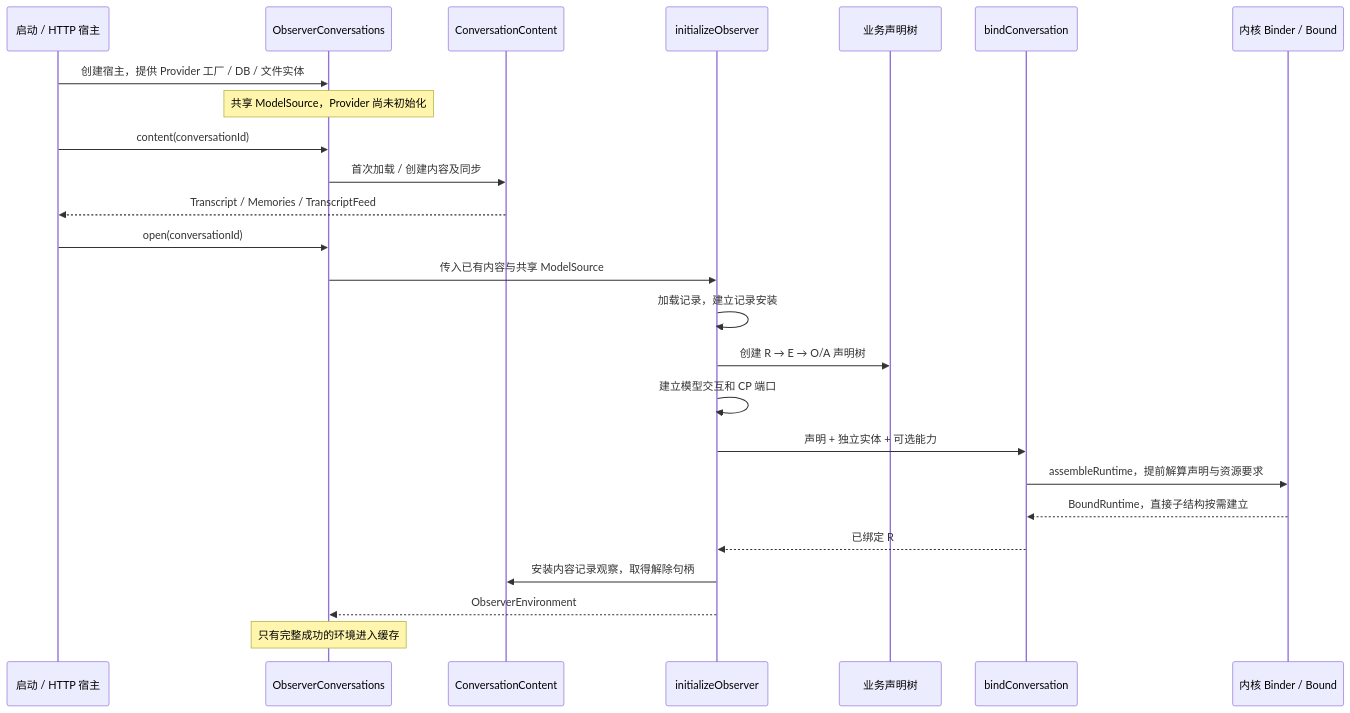
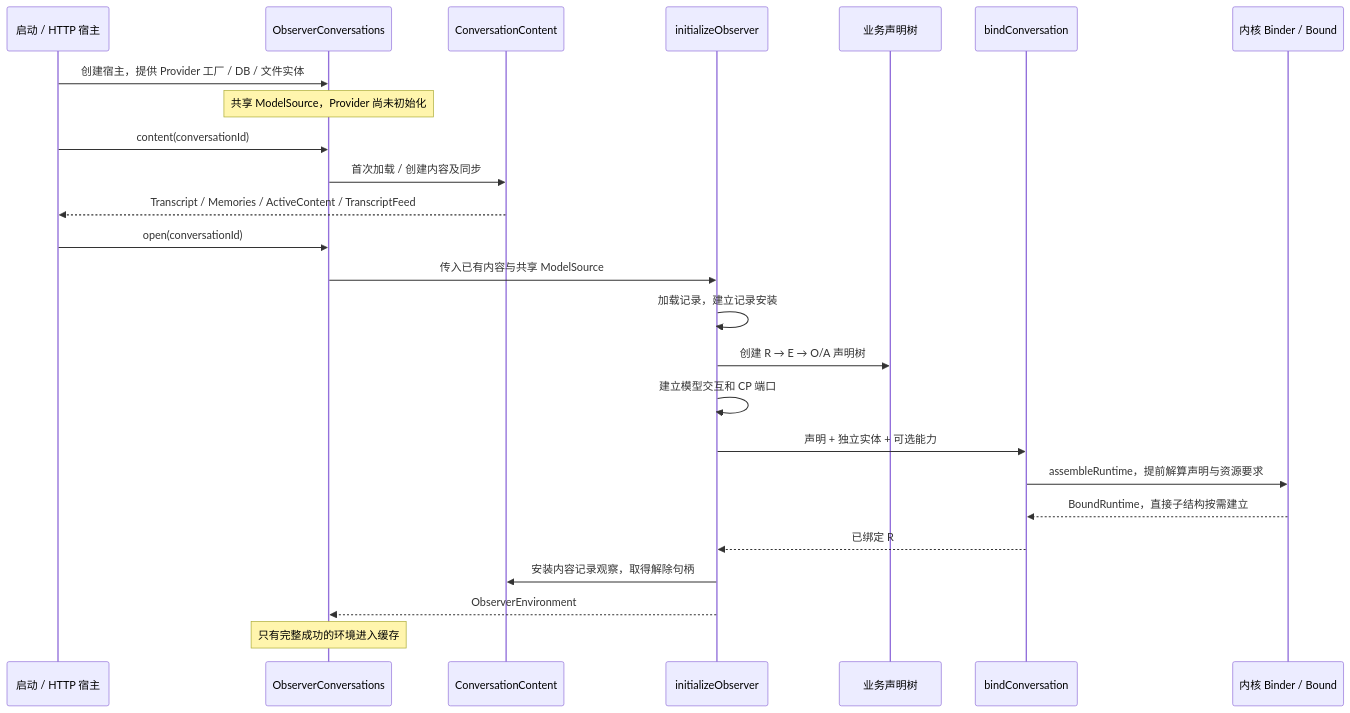
Before and after one commit to weiliang0121/capix: the first of 2 diagrams in docs/service-assembly.md, drawn with Mermaid. The commit also changed other lines of this file and 142 other files, not shown here.

Commit message:
refactor: separate execution input from active content maintenance

````diff
--- a/docs/service-assembly.md
+++ b/docs/service-assembly.md
@@ -22,27 +22,27 @@
 ```mermaid
 sequenceDiagram
     participant App as 启动 / HTTP 宿主
     participant Host as ObserverConversations
     participant Content as ConversationContent
     participant Init as initializeObserver
     participant Def as 业务声明树
     participant Bind as bindConversation
     participant Kernel as 内核 Binder / Bound
     App->>Host: 创建宿主，提供 Provider 工厂 / DB / 文件实体
     Note over Host: 共享 ModelSource，Provider 尚未初始化
     App->>Host: content(conversationId)
     Host->>Content: 首次加载 / 创建内容及同步
-    Content-->>App: Transcript / Memories / TranscriptFeed
+    Content-->>App: Transcript / Memories / ActiveContent / TranscriptFeed
     App->>Host: open(conversationId)
     Host->>Init: 传入已有内容与共享 ModelSource
     Init->>Init: 加载记录，建立记录安装
     Init->>Def: 创建 R → E → O/A 声明树
     Init->>Init: 建立模型交互和 CP 端口
     Init->>Bind: 声明 + 独立实体 + 可选能力
     Bind->>Kernel: assembleRuntime，提前解算声明与资源要求
     Kernel-->>Bind: BoundRuntime，直接子结构按需建立
     Bind-->>Init: 已绑定 R
     Init->>Content: 安装内容记录观察，取得解除句柄
     Init-->>Host: ObserverEnvironment
     Note over Host: 只有完整成功的环境进入缓存
 ```
````
